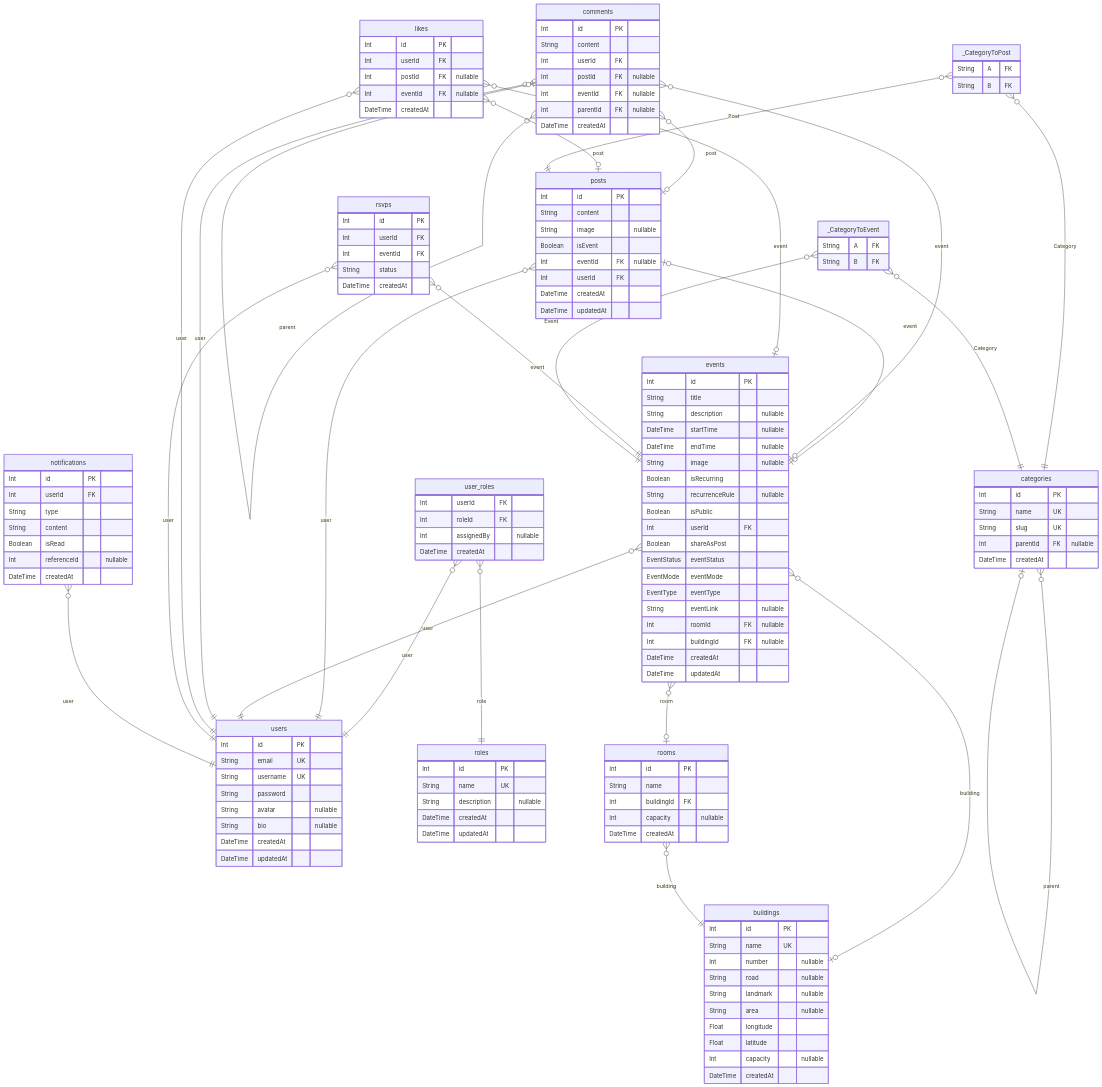
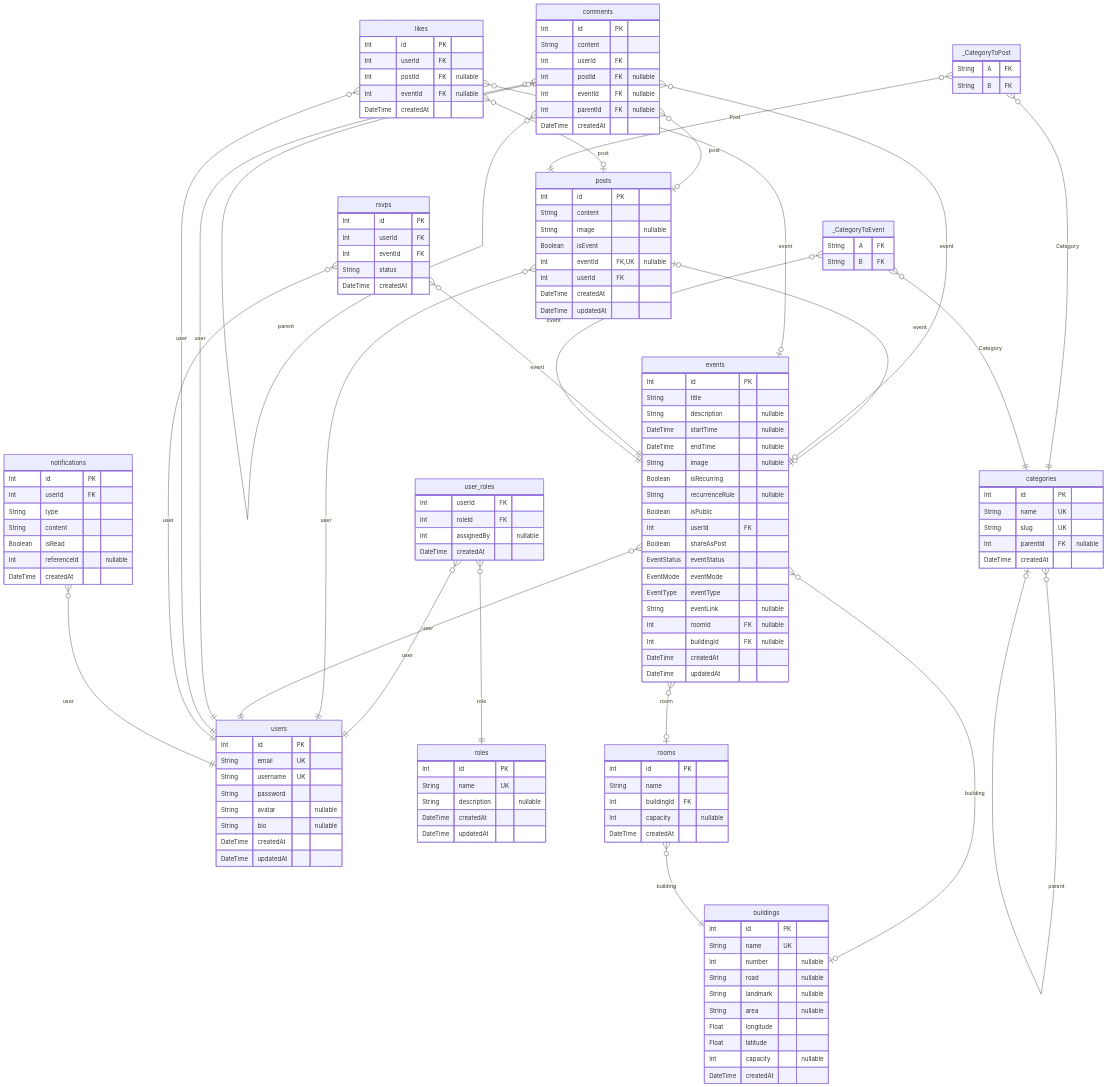
One commit to Phastboy/nest-auth changed the diagram in prisma/ERD.md. Above: the diagram before and after it, drawn with Mermaid. The commit also changed 2 other files, not shown here.

Commit message:
rrule in favour of rrule-rust, cause rrule docs is better

```diff
--- a/prisma/ERD.md
+++ b/prisma/ERD.md
@@ -41,7 +41,7 @@
   String content
   String image "nullable"
   Boolean isEvent
-  Int eventId FK "nullable"
+  Int eventId FK,UK "nullable"
   Int userId FK
   DateTime createdAt
   DateTime updatedAt
```
